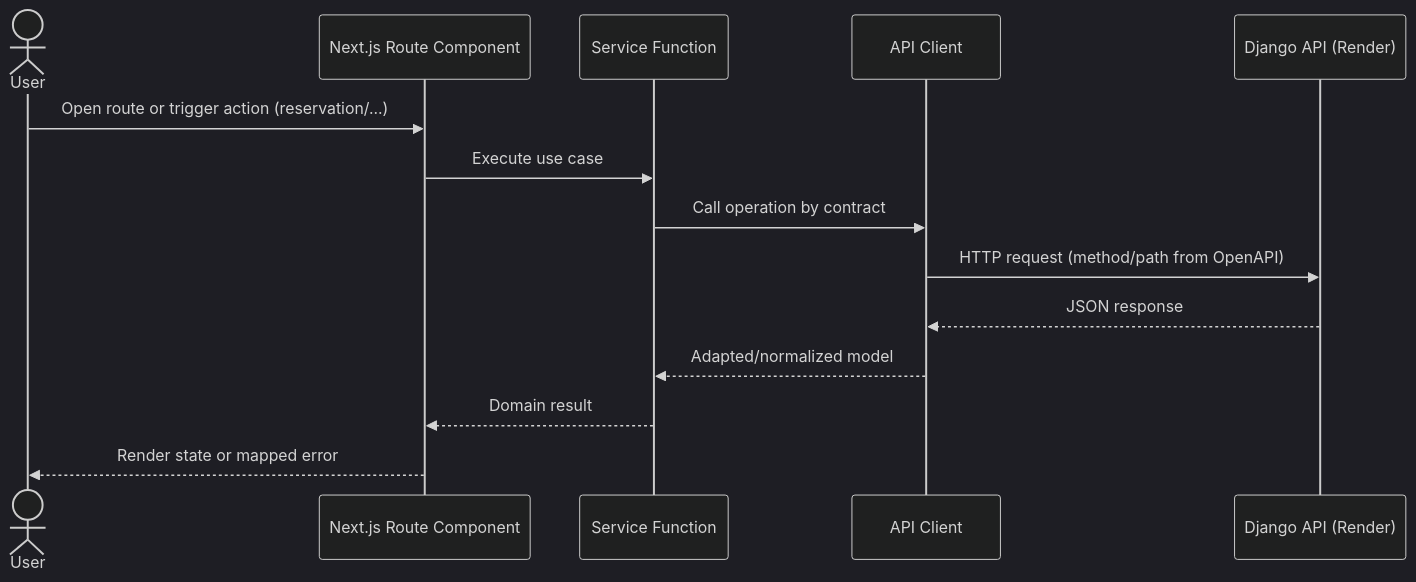
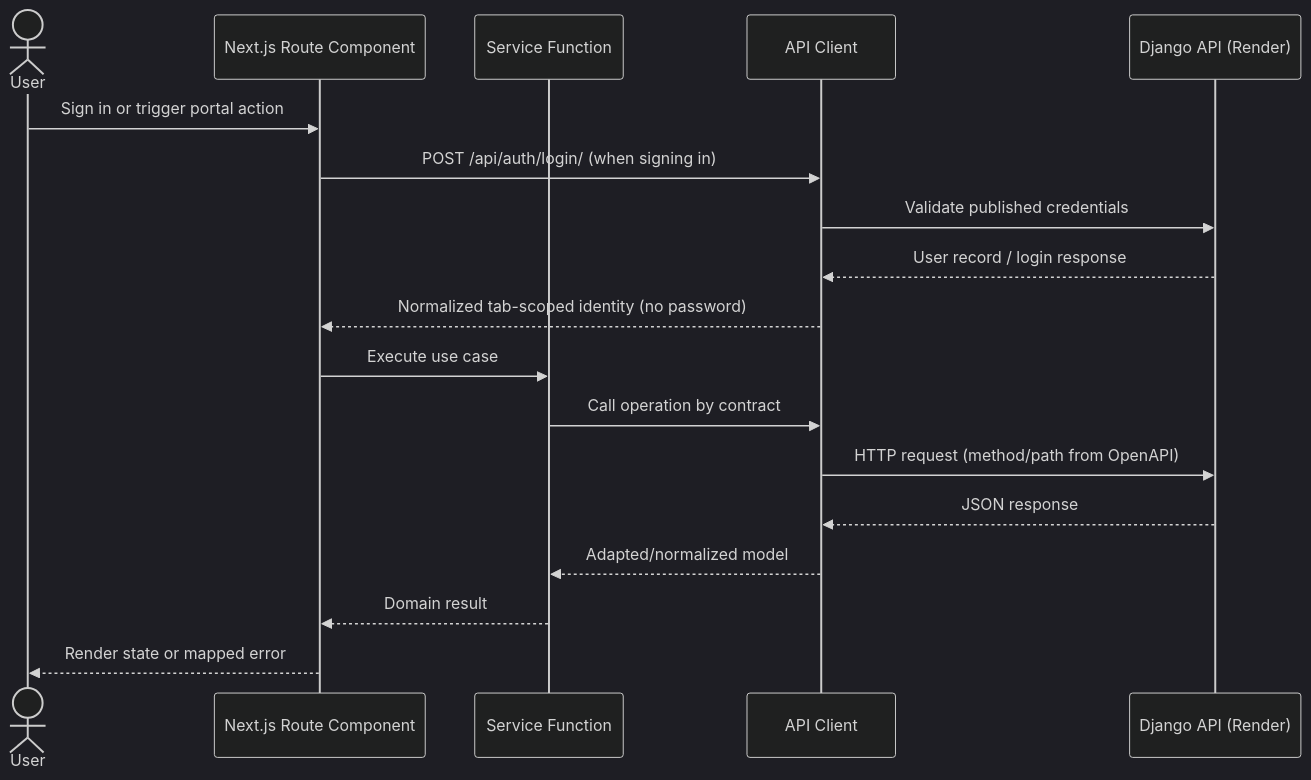
The third of 4 diagrams in docs/architecture-flow.md (khrizenriquez/reservas-front), drawn with Mermaid (dark theme) before and after one commit. The commit also changed other lines of this file and 29 other files, not shown here.

````diff
--- a/docs/architecture-flow.md
+++ b/docs/architecture-flow.md
@@ -33,17 +35,21 @@
 ```mermaid
 sequenceDiagram
   actor User
   participant UI as Next.js Route Component
   participant SVC as Service Function
   participant CLI as API Client
   participant API as Django API (Render)
 
-  User->>UI: Open route or trigger action (reservation/...)
+  User->>UI: Sign in or trigger portal action
+  UI->>CLI: POST /api/auth/login/ (when signing in)
+  CLI->>API: Validate published credentials
+  API-->>CLI: User record / login response
+  CLI-->>UI: Normalized tab-scoped identity (no password)
   UI->>SVC: Execute use case
   SVC->>CLI: Call operation by contract
   CLI->>API: HTTP request (method/path from OpenAPI)
   API-->>CLI: JSON response
   CLI-->>SVC: Adapted/normalized model
   SVC-->>UI: Domain result
   UI-->>User: Render state or mapped error
 ```
````
